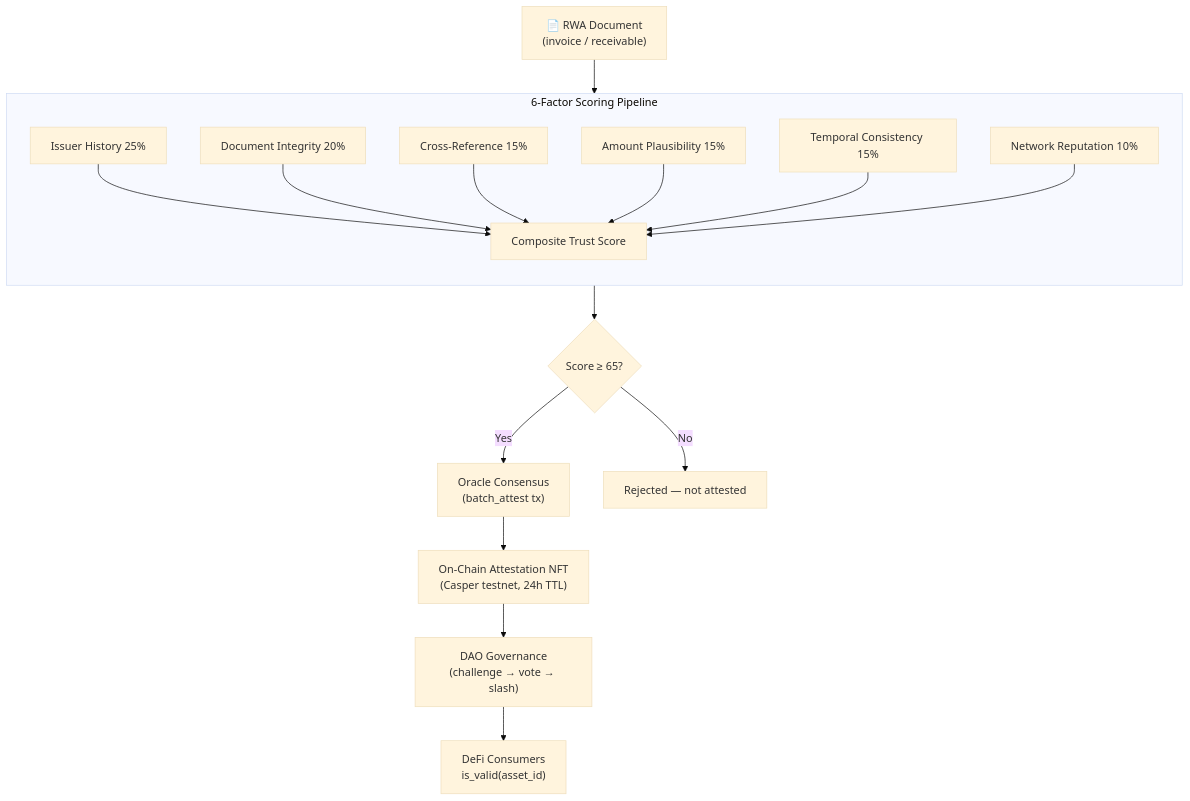
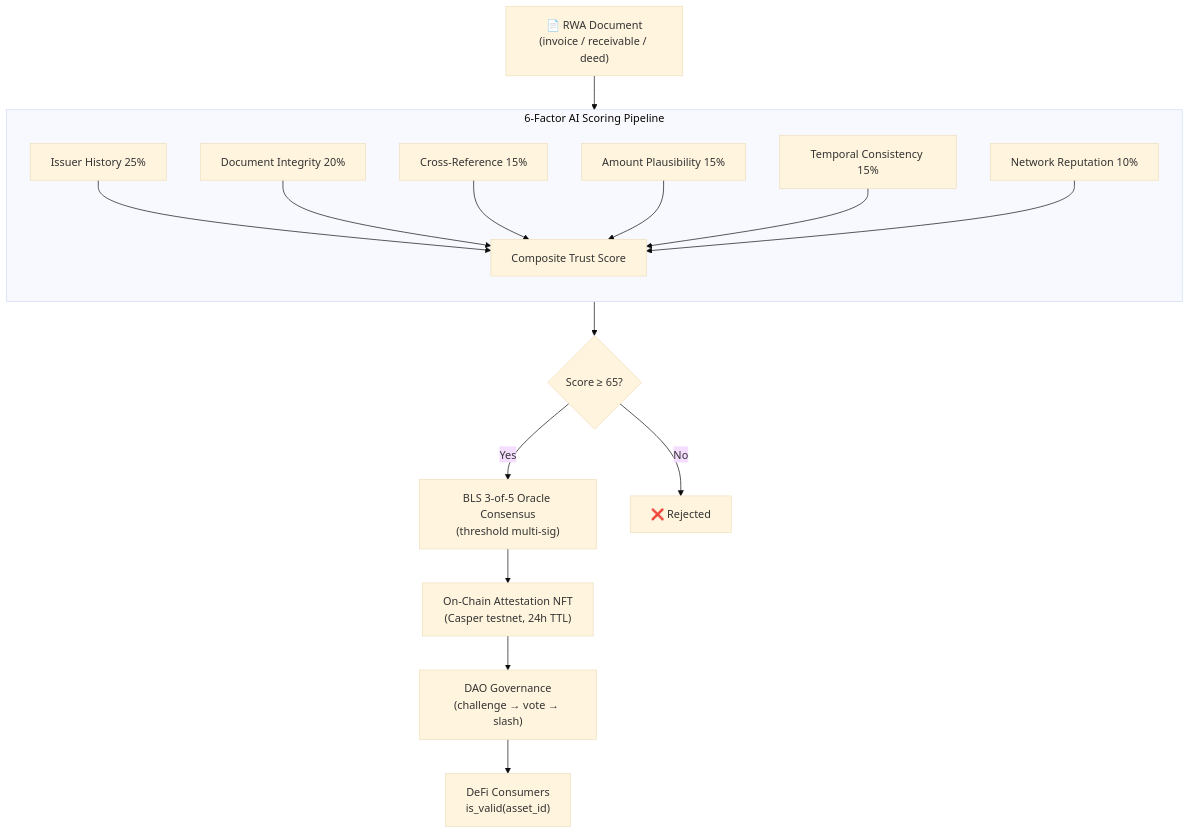
Before and after one commit to triumphkrug/RWA-Sentinel: the first of 6 diagrams in README.md, drawn with Mermaid (base theme). The commit also changed other lines of this file and 7 other files, not shown here.

First line of the commit message:
feat: README overhaul with Mermaid diagrams, SBT v2, 251+ testnet tx

````diff
--- a/README.md
+++ b/README.md
@@ -106,22 +125,22 @@
 ```mermaid
 flowchart TD
-    A["📄 RWA Document\n(invoice / receivable)"] --> B["6-Factor Scoring Pipeline"]
+    A["📄 RWA Document\n(invoice / receivable / deed)"] --> B["6-Factor Scoring Pipeline"]
 
-    subgraph B["6-Factor Scoring Pipeline"]
+    subgraph B["6-Factor AI Scoring Pipeline"]
         direction TB
-        B1[Issuer History 25%] --> SCORE[Composite Trust Score]
-        B2[Document Integrity 20%] --> SCORE
-        B3[Cross-Reference 15%] --> SCORE
-        B4[Amount Plausibility 15%] --> SCORE
-        B5[Temporal Consistency 15%] --> SCORE
-        B6[Network Reputation 10%] --> SCORE
+        B1["Issuer History 25%"] --> SCORE["Composite Trust Score"]
+        B2["Document Integrity 20%"] --> SCORE
+        B3["Cross-Reference 15%"] --> SCORE
+        B4["Amount Plausibility 15%"] --> SCORE
+        B5["Temporal Consistency 15%"] --> SCORE
+        B6["Network Reputation 10%"] --> SCORE
     end
 
     SCORE --> C{Score ≥ 65?}
-    C -->|Yes| D["Oracle Consensus\n(batch_attest tx)"]
-    C -->|No| REJECT[Rejected — not attested]
+    C -->|Yes| D["BLS 3-of-5 Oracle Consensus\n(threshold multi-sig)"]
+    C -->|No| REJECT["❌ Rejected"]
 
     D --> E["On-Chain Attestation NFT\n(Casper testnet, 24h TTL)"]
     E --> F["DAO Governance\n(challenge → vote → slash)"]
     F --> G["DeFi Consumers\nis_valid(asset_id)"]
 ```
````
